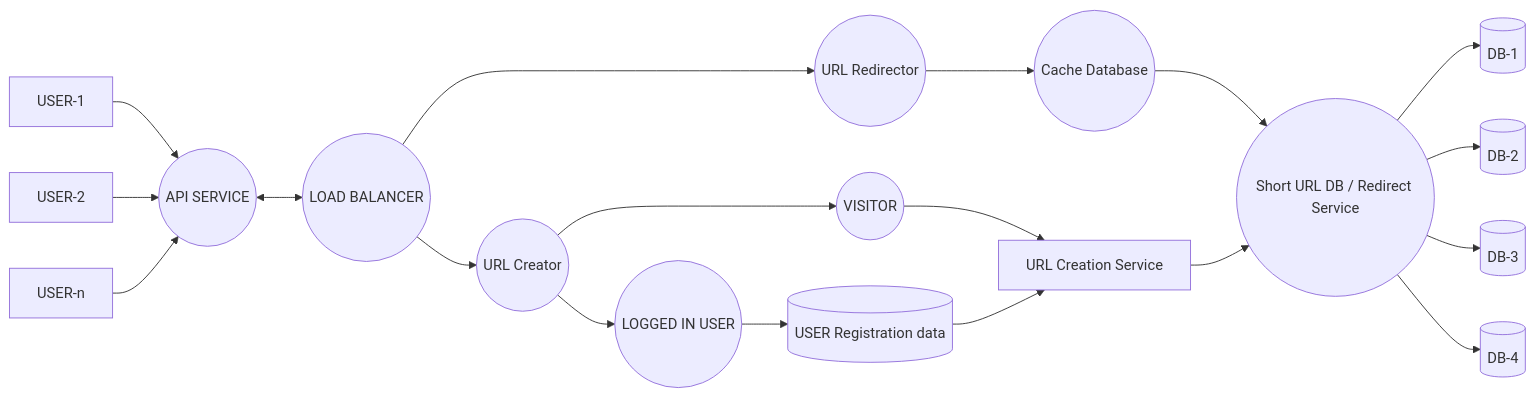
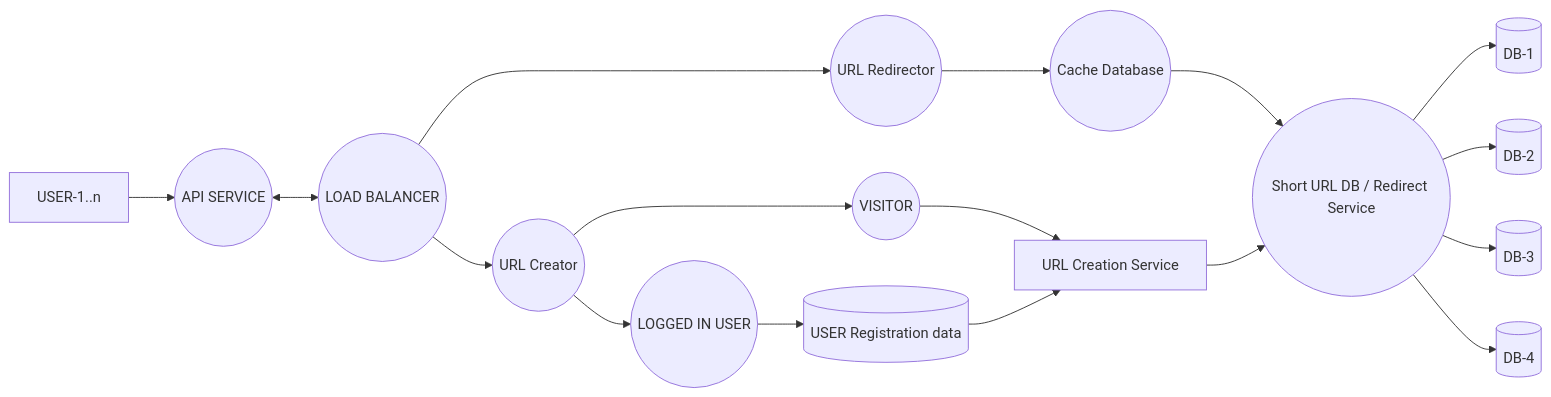
One commit to Soumyadeep370/24BCS10998_SystemDesign changed the diagram in README.md. Above: the diagram before and after it, drawn with Mermaid. The commit also changed other lines of this file, not shown here.

````diff
--- a/README.md
+++ b/README.md
@@ -129,27 +34,19 @@
 ```mermaid
 graph LR
-    U1[USER-1] --> API
-    U2[USER-2] --> API
-    UN[USER-n] --> API
-
-    API((API SERVICE)) <--> LB((LOAD BALANCER))
-
+    U[USER-1..n] --> API((API SERVICE))
+    API <--> LB((LOAD BALANCER))
     LB --> UC((URL Creator))
     LB --> UR((URL Redirector))
-
     UC --> LOGIN((LOGGED IN USER))
     UC --> VIS((VISITOR))
-
     LOGIN --> REG[(USER Registration data)]
     VIS --> UCS[URL Creation Service]
     REG --> UCS
-
     UR --> CACHE((Cache Database))
     CACHE --> SDB((Short URL DB / Redirect Service))
     UCS --> SDB
-
     SDB --> D1[(DB-1)]
     SDB --> D2[(DB-2)]
     SDB --> D3[(DB-3)]
     SDB --> D4[(DB-4)]
 ```
````
